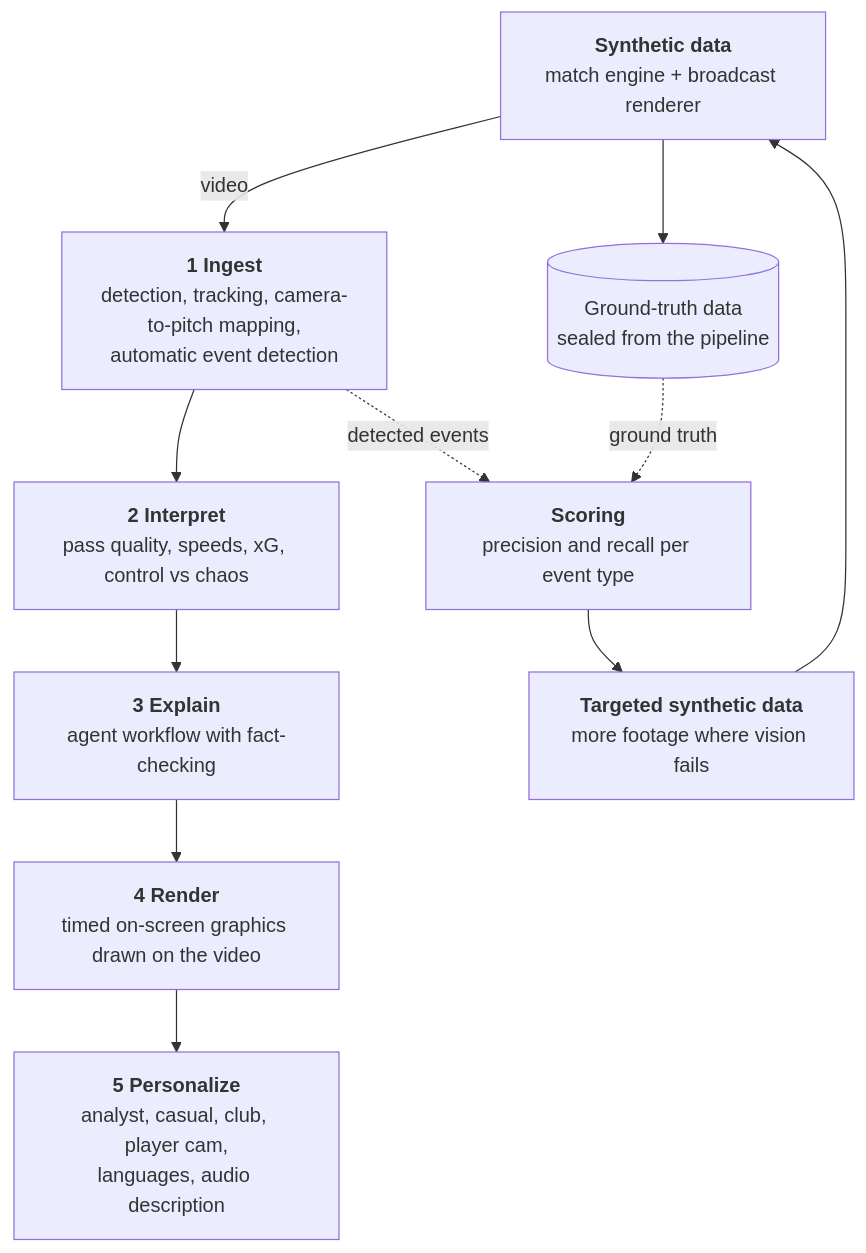
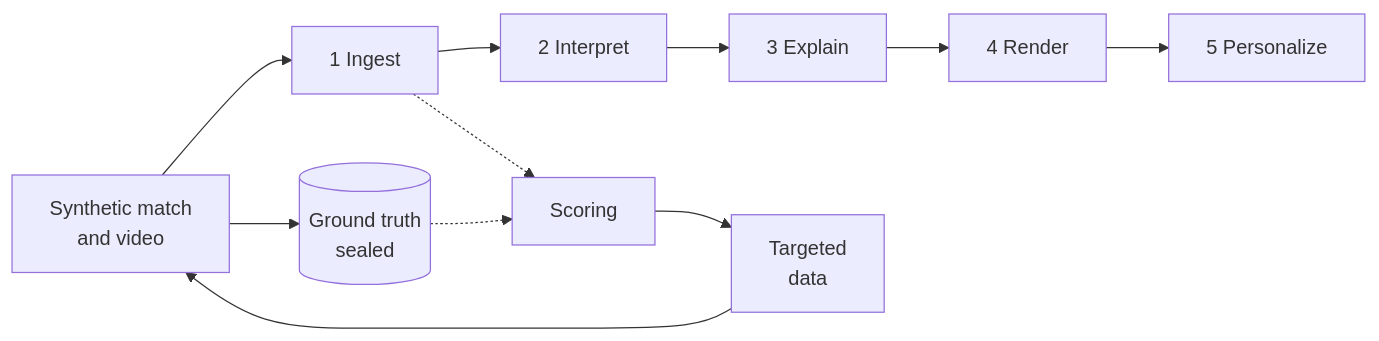
The first of 4 diagrams in docs/ARCHITECTURE.md (KLKH7/the-ninety-labs), drawn with Mermaid before and after one commit. The commit also changed other lines of this file, not shown here.

Commit message:
Architecture overview: short-label diagram with a stage table

````diff
--- a/docs/ARCHITECTURE.md
+++ b/docs/ARCHITECTURE.md
@@ -34,18 +34,8 @@
 ```mermaid
-flowchart TB
-    SIM["<b>Synthetic data</b><br/>match engine + broadcast renderer"]
-    TRUTH[("Ground-truth data<br/>sealed from the pipeline")]
-    INGEST["<b>1 Ingest</b><br/>detection, tracking, camera-to-pitch mapping,<br/>automatic event detection"]
-    INTERPRET["<b>2 Interpret</b><br/>pass quality, speeds, xG, control vs chaos"]
-    EXPLAIN["<b>3 Explain</b><br/>agent workflow with fact-checking"]
-    RENDERSTAGE["<b>4 Render</b><br/>timed on-screen graphics drawn on the video"]
-    PERSONALIZE["<b>5 Personalize</b><br/>analyst, casual, club, player cam,<br/>languages, audio description"]
-    SCORE["<b>Scoring</b><br/>precision and recall per event type"]
-    GEN["<b>Targeted synthetic data</b><br/>more footage where vision fails"]
-
-    SIM -- video --> INGEST --> INTERPRET --> EXPLAIN --> RENDERSTAGE --> PERSONALIZE
-    SIM --> TRUTH
-    INGEST -. detected events .-> SCORE
-    TRUTH -. ground truth .-> SCORE
-    SCORE --> GEN --> SIM
+flowchart LR
+    SIM["Synthetic match<br/>and video"] --> INGEST["1 Ingest"] --> INTERPRET["2 Interpret"] --> EXPLAIN["3 Explain"] --> RENDERSTAGE["4 Render"] --> PERSONALIZE["5 Personalize"]
+    SIM --> TRUTH[("Ground truth<br/>sealed")]
+    INGEST -.-> SCORE["Scoring"]
+    TRUTH -.-> SCORE
+    SCORE --> GEN["Targeted<br/>data"] --> SIM
 ```
````
